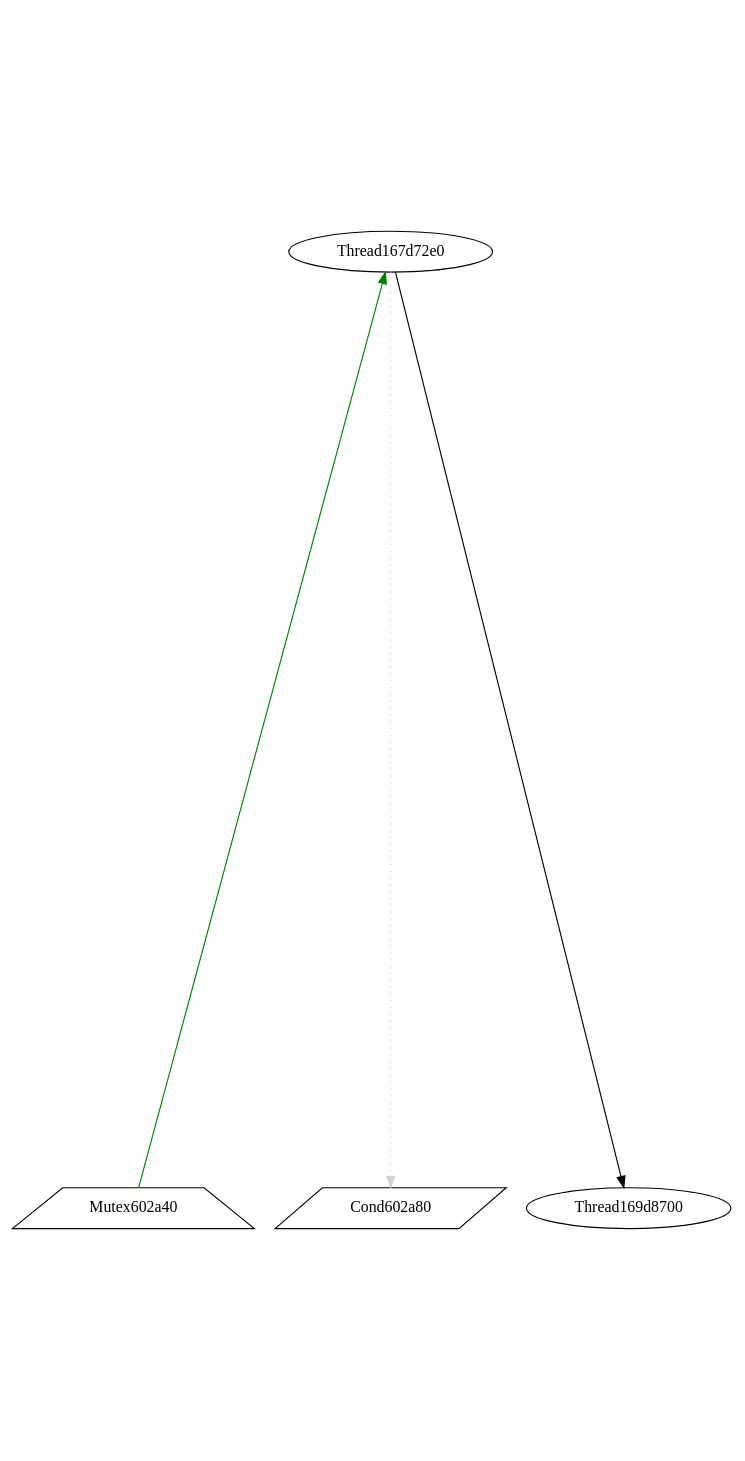
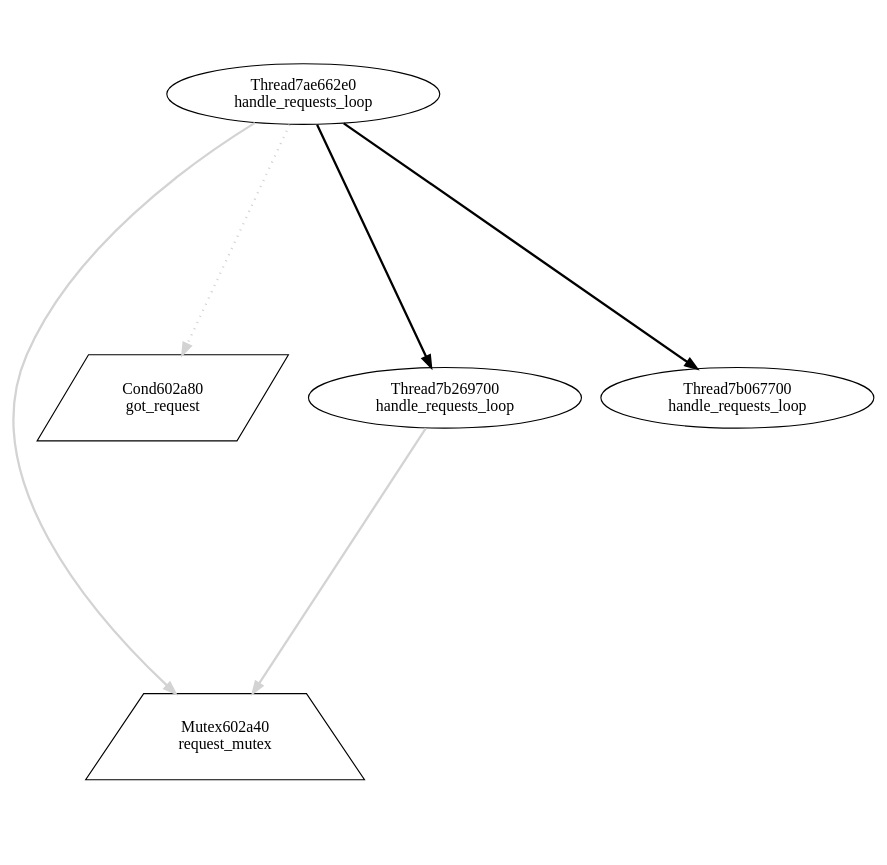
The diagram in view/dot/graph018.dot (v4o6/cs410), drawn with Graphviz before and after one commit. The commit also changed 289 other files, not shown here.

```diff
--- a/view/dot/graph018.dot
+++ b/view/dot/graph018.dot
@@ -1,10 +1,13 @@
 digraph G {
-graph[center=true, ratio=2];
-Mutex602a40 [shape=trapezium,color=black];
-Cond602a80 [shape=parallelogram,color=black];
-Thread169d8700 [color=black];
-Thread167d72e0 [color=black];
-Thread167d72e0 -> Mutex602a40 [arrowhead=normal,color=green,dir=back];
-Thread167d72e0 -> Cond602a80 [style=dotted,color=lightgray];
-Thread167d72e0 -> Thread169d8700 [arrowhead=normal];
+graph[center=true, ratio=1];
+Mutex602a40 [shape=trapezium,color=black,label="Mutex602a40\nrequest_mutex"];
+Cond602a80 [shape=parallelogram,color=black,label="Cond602a80\ngot_request"];
+Thread7ae662e0 [color=black,label="Thread7ae662e0\nhandle_requests_loop"];
+Thread7ae662e0 -> Mutex602a40 [arrowhead=normal,color=lightgray,penwidth=2];
+Thread7ae662e0 -> Cond602a80 [style=dotted,color=lightgray,penwidth=2];
+Thread7ae662e0 -> Thread7b269700 [arrowhead=normal,penwidth=2];
+Thread7ae662e0 -> Thread7b067700 [arrowhead=normal,penwidth=2];
+Thread7b269700 [color=black,label="Thread7b269700\nhandle_requests_loop"];
+Thread7b269700 -> Mutex602a40 [arrowhead=normal,color=lightgray,penwidth=2];
+Thread7b067700 [color=black,label="Thread7b067700\nhandle_requests_loop"];
 }
```
